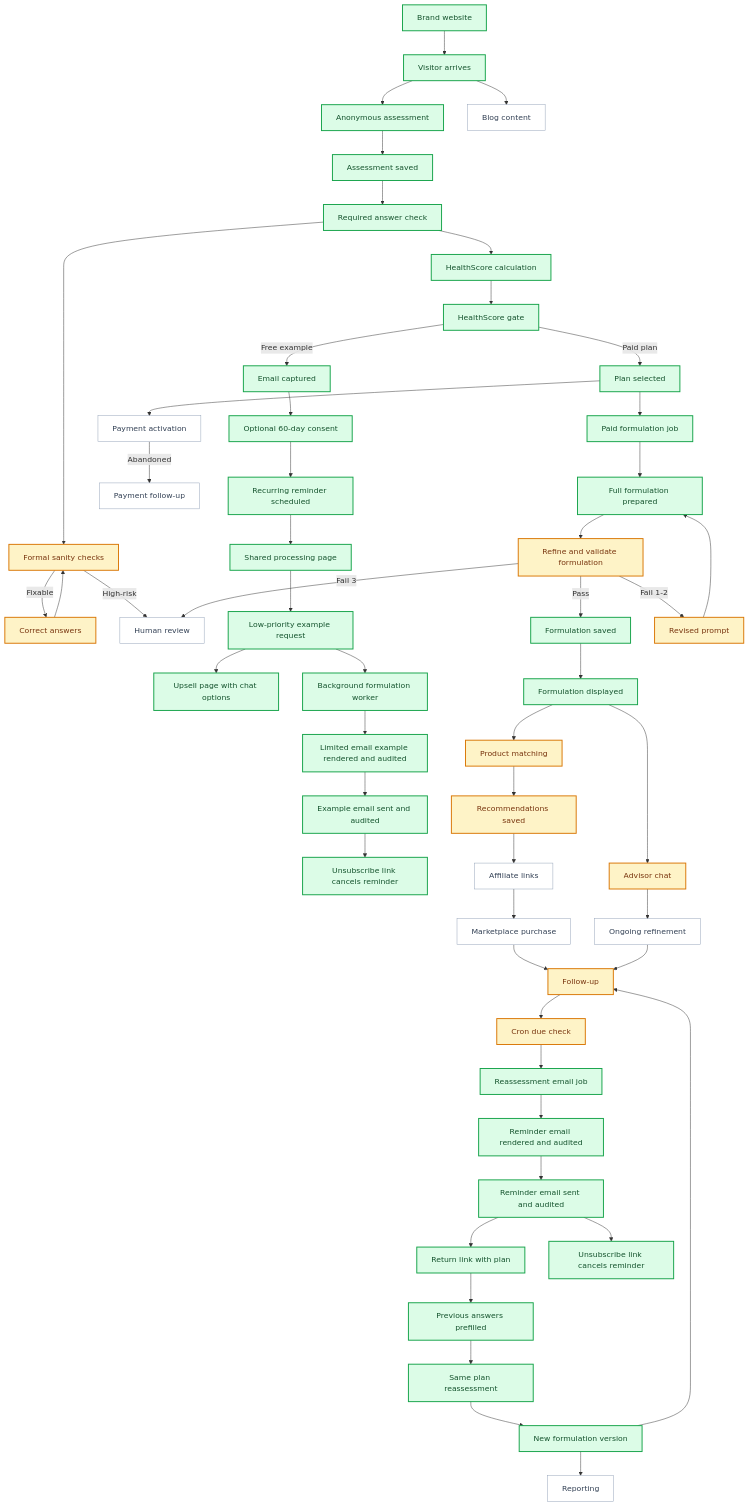
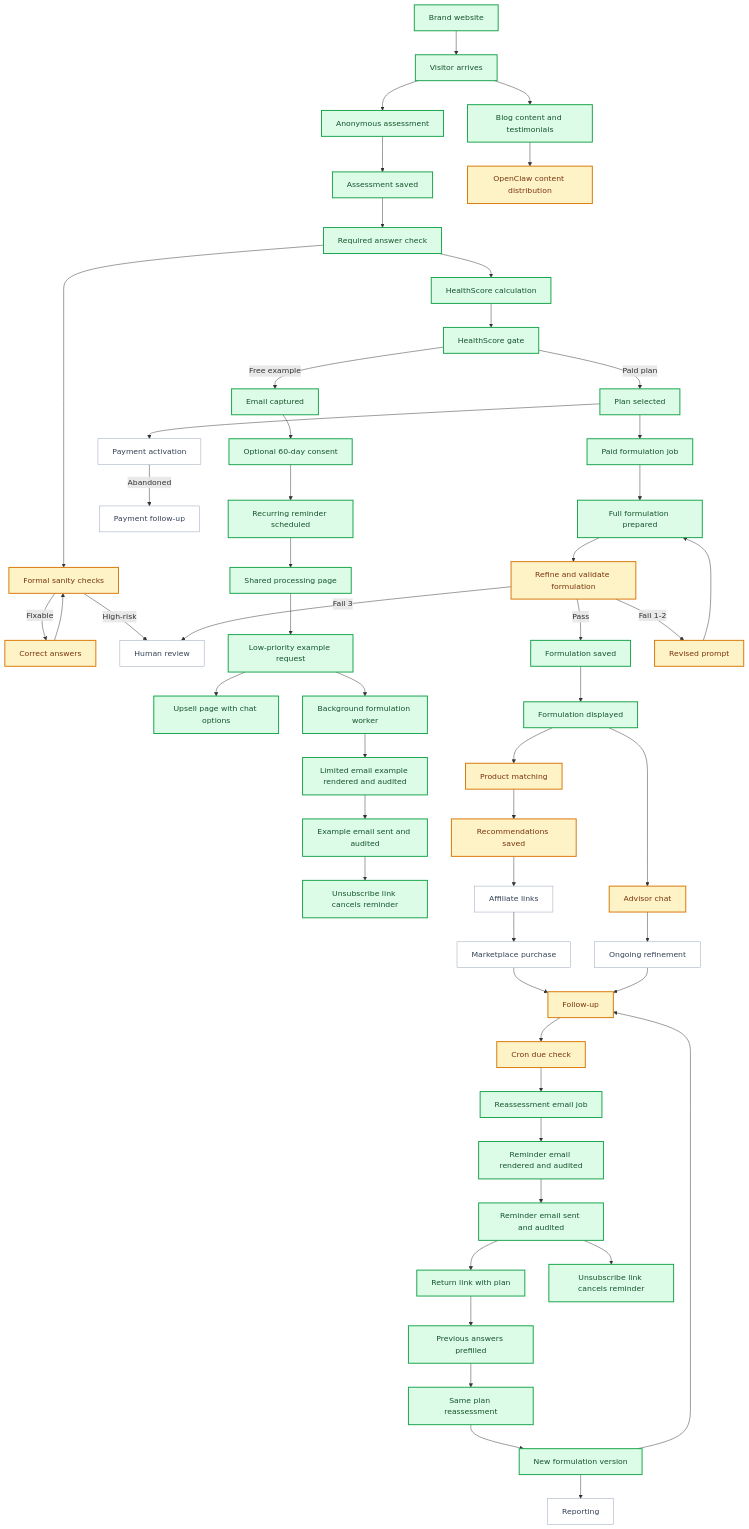
Before and after one commit to ni33les/mattanutra-ui: the diagram in docs/end-to-end-flow.md, drawn with Mermaid. The commit also changed 1 other file, not shown here.

Commit message:
Docs updated for addition of blog

````diff
--- a/docs/end-to-end-flow.md
+++ b/docs/end-to-end-flow.md
@@ -1,62 +1,63 @@
 ```mermaid
 flowchart TB
   A["Brand website"] --> B["Visitor arrives"]
   B --> C["Anonymous assessment"]
   C --> D["Assessment saved"]
   D --> E["Required answer check"]
   E --> F["HealthScore calculation"]
   E --> E1["Formal sanity checks"]
   E1 -->|Fixable| G["Correct answers"]
   G --> E1
   E1 -->|High-risk| H["Human review"]
   F --> I["HealthScore gate"]
   I -->|Free example| J["Email captured"]
   J --> J1["Optional 60-day consent"]
   J1 --> J2["Recurring reminder scheduled"]
   J2 --> K["Shared processing page"]
   K --> L["Low-priority example request"]
   L --> M["Upsell page with chat options"]
   L --> N["Background formulation worker"]
   N --> N0["Limited email example rendered and audited"]
   N0 --> N1["Example email sent and audited"]
   N1 --> N3["Unsubscribe link cancels reminder"]
   I -->|Paid plan| O["Plan selected"]
   O --> P["Payment activation"]
   O --> Q["Paid formulation job"]
   P -->|Abandoned| R["Payment follow-up"]
   Q --> S["Full formulation prepared"]
   S --> T["Refine and validate formulation"]
   T -->|Pass| U["Formulation saved"]
   T -->|Fail 1-2| V["Revised prompt"]
   V --> S
   T -->|Fail 3| H
   U --> W["Formulation displayed"]
   W --> X["Product matching"]
   X --> Y["Recommendations saved"]
   Y --> Z["Affiliate links"]
   Z --> AA["Marketplace purchase"]
   W --> AB["Advisor chat"]
   AB --> AC["Ongoing refinement"]
   AA --> AD["Follow-up"]
   AC --> AD
   AD --> AE["Cron due check"]
   AE --> AF["Reassessment email job"]
   AF --> AG["Reminder email rendered and audited"]
   AG --> AH["Reminder email sent and audited"]
   AH --> AI["Return link with plan"]
   AH --> AO["Unsubscribe link cancels reminder"]
   AI --> AJ["Previous answers prefilled"]
   AJ --> AK["Same plan reassessment"]
   AK --> AL["New formulation version"]
   AL --> AD
   AL --> AM["Reporting"]
-  B --> AN["Blog content"]
+  B --> AN["Blog content and testimonials"]
+  AN --> AP["OpenClaw content distribution"]
 
   classDef done fill:#dcfce7,stroke:#16a34a,color:#14532d,stroke-width:2px;
   classDef partial fill:#fef3c7,stroke:#d97706,color:#78350f,stroke-width:2px;
   classDef todo fill:#ffffff,stroke:#94a3b8,color:#334155,stroke-width:1px;
 
-  class A,B,C,D,E,F,I,J,J1,J2,K,L,M,N,N0,N1,N3,O,Q,S,U,W,AF,AG,AH,AI,AJ,AK,AL,AO done;
-  class E1,G,T,V,X,Y,AB,AD,AE partial;
-  class H,P,R,Z,AA,AC,AM,AN todo;
+  class A,B,C,D,E,F,I,J,J1,J2,K,L,M,N,N0,N1,N3,O,Q,S,U,W,AF,AG,AH,AI,AJ,AK,AL,AN,AO done;
+  class E1,G,T,V,X,Y,AB,AD,AE,AP partial;
+  class H,P,R,Z,AA,AC,AM todo;
 ```
````
